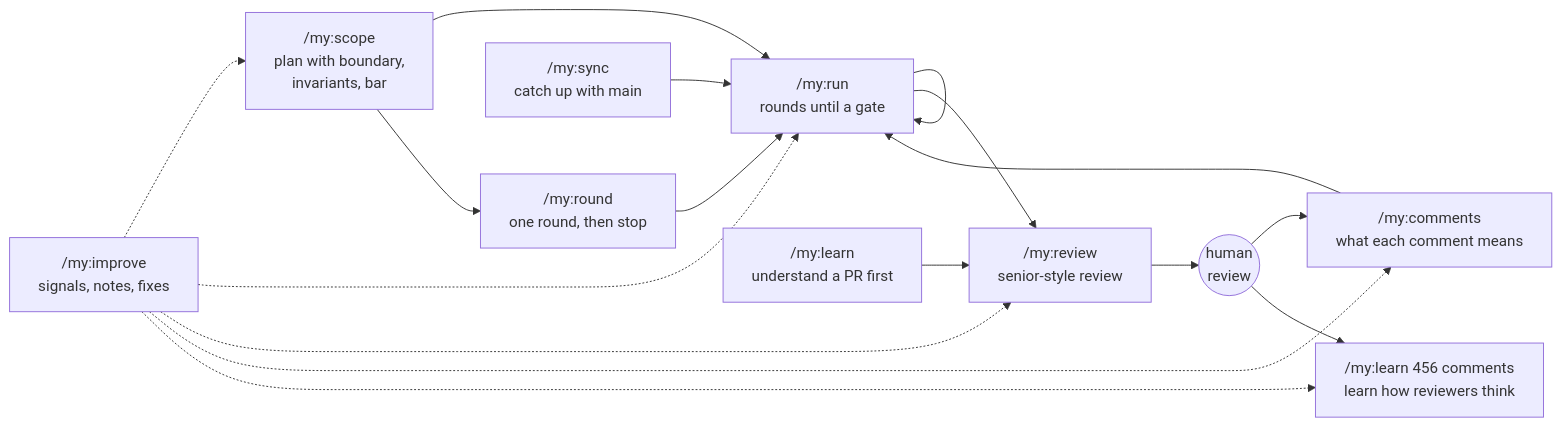
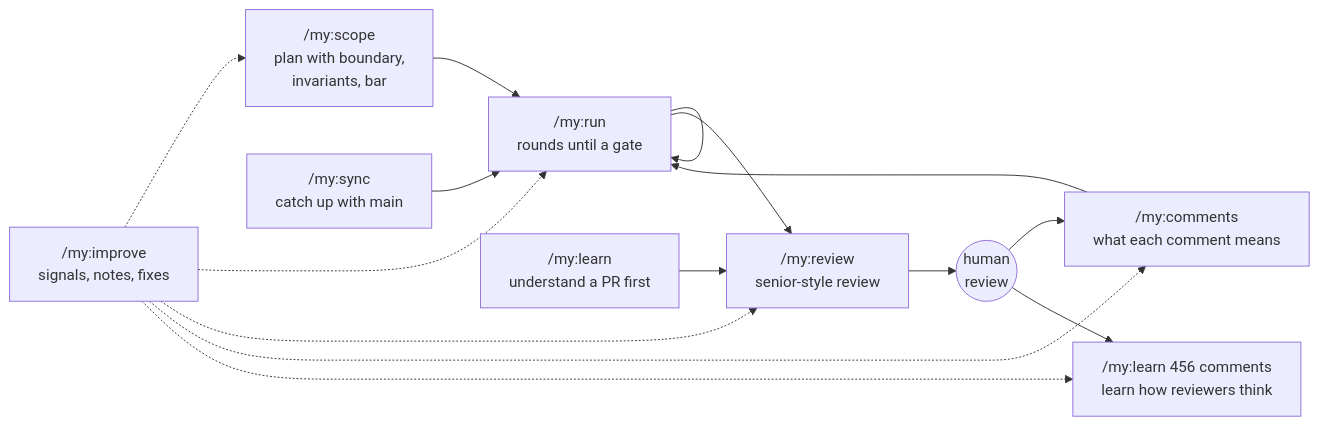
One commit to lorenzocadamuro/my-agent-kit changed the diagram in README.md. Above: the diagram before and after it, drawn with Mermaid. The commit also changed other lines of this file and 232 other files, not shown here.

````diff
--- a/README.md
+++ b/README.md
@@ -23,15 +23,13 @@
 ```mermaid
 flowchart LR
     A["/my:scope<br/>plan with boundary,<br/>invariants, bar"] --> R["/my:run<br/>rounds until a gate"]
-    A --> O["/my:round<br/>one round, then stop"]
-    O --> R
     R --> R
     Y["/my:sync<br/>catch up with main"] --> R
     R --> V["/my:review<br/>senior-style review"]
     N["/my:learn<br/>understand a PR first"] --> V
     V --> H(("human<br/>review"))
     H --> C["/my:comments<br/>what each comment means"]
     C --> R
     H --> S["/my:learn 456 comments<br/>learn how reviewers think"]
     I["/my:improve<br/>signals, notes, fixes"] -.-> A & R & V & C & S
 ```
````
